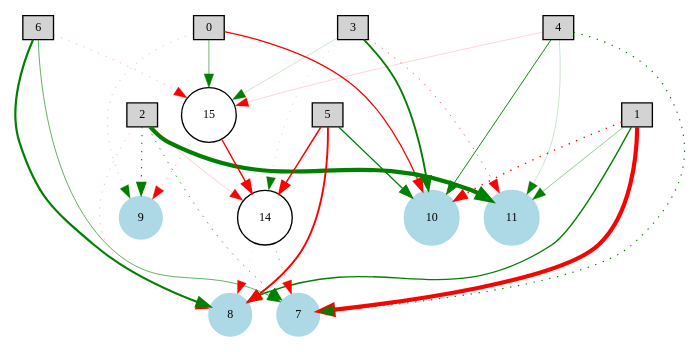
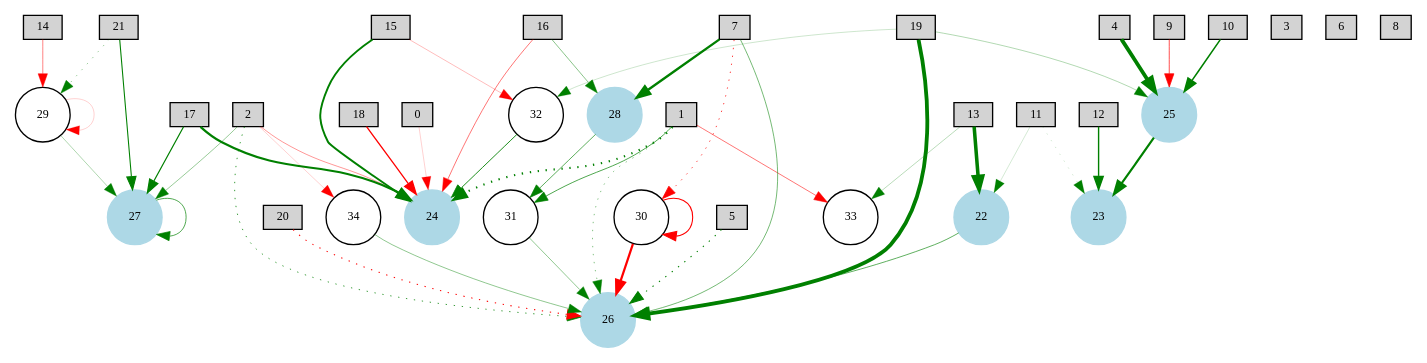
Before and after one commit to joel-simon/evoDesign: the diagram in neuralevolution/logs/letter_O_8x8/1/Digraph.gv, drawn with Graphviz. The commit also changed 55 other files, not shown here.

```diff
--- a/neuralevolution/logs/letter_O_8x8/1/Digraph.gv
+++ b/neuralevolution/logs/letter_O_8x8/1/Digraph.gv
@@ -1,45 +1,78 @@
 digraph {
 	node [fontsize=9 height=0.2 shape=circle width=0.2]
 		0 [shape=box style=filled]
 		1 [shape=box style=filled]
 		2 [shape=box style=filled]
 		3 [shape=box style=filled]
 		4 [shape=box style=filled]
 		5 [shape=box style=filled]
 		6 [shape=box style=filled]
-		7 [color=lightblue style=filled]
-		8 [color=lightblue style=filled]
-		9 [color=lightblue style=filled]
-		10 [color=lightblue style=filled]
-		11 [color=lightblue style=filled]
-			3 -> 15 [color=green penwidth=0.14946131012138883 style=solid]
-			4 -> 7 [color=green penwidth=0.8531889081027401 style=dotted]
-			3 -> 14 [color=green penwidth=0.15396045742253178 style=dotted]
-			4 -> 10 [color=green penwidth=0.6996550617935939 style=solid]
-			2 -> 8 [color=red penwidth=0.19502902142528328 style=dotted]
-			15 -> 9 [color=red penwidth=0.26784156611051335 style=dotted]
-			3 -> 11 [color=red penwidth=0.49332945911750326 style=dotted]
-			1 -> 10 [color=red penwidth=1.0457316259214025 style=dotted]
-			0 -> 10 [color=red penwidth=0.945748106152486 style=solid]
-			5 -> 10 [color=green penwidth=0.9455655506953393 style=solid]
-			15 -> 14 [color=red penwidth=1.0270027376517379 style=solid]
-			2 -> 14 [color=red penwidth=0.14824024136047503 style=solid]
-			5 -> 8 [color=red penwidth=1.4208540541072898 style=solid]
-			6 -> 8 [color=green penwidth=1.6429316424550784 style=solid]
-			2 -> 7 [color=green penwidth=0.5947840144477861 style=dotted]
-			1 -> 11 [color=green penwidth=0.3211525251333652 style=solid]
-			6 -> 7 [color=green penwidth=0.4613942956126278 style=solid]
-			2 -> 9 [color=green penwidth=0.8350695565929226 style=dotted]
-			0 -> 15 [color=green penwidth=0.42100577669767614 style=solid]
-			4 -> 15 [color=red penwidth=0.12734137544208393 style=solid]
-			2 -> 11 [color=green penwidth=3.12791107626127 style=solid]
-			14 -> 8 [color=red penwidth=0.10414234558772678 style=dotted]
-			5 -> 14 [color=red penwidth=1.0951506266186042 style=solid]
-			1 -> 8 [color=green penwidth=1.069976390204243 style=solid]
-			4 -> 11 [color=green penwidth=0.16030935105705227 style=solid]
-			1 -> 7 [color=red penwidth=3.111124228737905 style=solid]
-			0 -> 9 [color=green penwidth=0.19685023720923717 style=dotted]
-			14 -> 7 [color=red penwidth=0.37672977831166343 style=dotted]
-			6 -> 15 [color=red penwidth=0.21883334970557428 style=dotted]
-			3 -> 10 [color=green penwidth=1.4283917217458548 style=solid]
+		7 [shape=box style=filled]
+		8 [shape=box style=filled]
+		9 [shape=box style=filled]
+		10 [shape=box style=filled]
+		11 [shape=box style=filled]
+		12 [shape=box style=filled]
+		13 [shape=box style=filled]
+		14 [shape=box style=filled]
+		15 [shape=box style=filled]
+		16 [shape=box style=filled]
+		17 [shape=box style=filled]
+		18 [shape=box style=filled]
+		19 [shape=box style=filled]
+		20 [shape=box style=filled]
+		21 [shape=box style=filled]
+		22 [color=lightblue style=filled]
+		23 [color=lightblue style=filled]
+		24 [color=lightblue style=filled]
+		25 [color=lightblue style=filled]
+		26 [color=lightblue style=filled]
+		27 [color=lightblue style=filled]
+		28 [color=lightblue style=filled]
+			13 -> 22 [color=green penwidth=2.6553285081250917 style=solid]
+			13 -> 33 [color=green penwidth=0.21387917169463871 style=solid]
+			30 -> 26 [color=red penwidth=1.660076779568092 style=solid]
+			1 -> 26 [color=green penwidth=0.3658080712458964 style=dotted]
+			19 -> 26 [color=green penwidth=2.86076830885088 style=solid]
+			22 -> 26 [color=green penwidth=0.4669645512371303 style=solid]
+			15 -> 32 [color=red penwidth=0.20458320434007715 style=solid]
+			1 -> 24 [color=green penwidth=1.618393204097405 style=dotted]
+			31 -> 26 [color=green penwidth=0.32683759472390134 style=solid]
+			16 -> 28 [color=green penwidth=0.35390118559129957 style=solid]
+			25 -> 23 [color=green penwidth=1.6084600240952047 style=solid]
+			11 -> 23 [color=green penwidth=0.15152348383470732 style=dotted]
+			5 -> 26 [color=green penwidth=0.8209563695934511 style=dotted]
+			2 -> 34 [color=red penwidth=0.13972890712566688 style=solid]
+			16 -> 24 [color=red penwidth=0.4082674606509663 style=solid]
+			1 -> 33 [color=red penwidth=0.4052991655772259 style=solid]
+			2 -> 26 [color=green penwidth=0.5753944409312844 style=dotted]
+			20 -> 26 [color=red penwidth=0.7883106754992847 style=dotted]
+			21 -> 27 [color=green penwidth=0.807045953368256 style=solid]
+			0 -> 24 [color=red penwidth=0.13819796560847836 style=solid]
+			11 -> 22 [color=green penwidth=0.12937181416237425 style=solid]
+			9 -> 25 [color=red penwidth=0.5159108939966466 style=solid]
+			17 -> 24 [color=green penwidth=1.6200496919547285 style=solid]
+			19 -> 25 [color=green penwidth=0.22794339915355907 style=solid]
+			7 -> 28 [color=green penwidth=1.7684247864583165 style=solid]
+			1 -> 31 [color=green penwidth=0.5227632691971876 style=solid]
+			29 -> 27 [color=green penwidth=0.23939884602913888 style=solid]
+			2 -> 27 [color=green penwidth=0.31444686206894945 style=solid]
+			34 -> 26 [color=green penwidth=0.3252459654098668 style=solid]
+			28 -> 31 [color=green penwidth=0.4774904434260473 style=solid]
+			18 -> 24 [color=red penwidth=0.9661825099242864 style=solid]
+			32 -> 24 [color=green penwidth=0.6627627120851389 style=solid]
+			19 -> 32 [color=green penwidth=0.14544000859212308 style=solid]
+			4 -> 25 [color=green penwidth=2.8732385321437723 style=solid]
+			2 -> 24 [color=red penwidth=0.31249951756290023 style=solid]
+			17 -> 27 [color=green penwidth=0.9114142069276463 style=solid]
+			14 -> 29 [color=red penwidth=0.37196383525329635 style=solid]
+			27 -> 27 [color=green penwidth=0.5143538673082629 style=solid]
+			15 -> 24 [color=green penwidth=1.462757106455259 style=solid]
+			29 -> 29 [color=red penwidth=0.1417480175699175 style=solid]
+			7 -> 26 [color=green penwidth=0.41358661676987474 style=solid]
+			21 -> 29 [color=green penwidth=0.3292232282642547 style=dotted]
+			10 -> 25 [color=green penwidth=1.1606094574048715 style=solid]
+			7 -> 30 [color=red penwidth=0.5598548943275806 style=dotted]
+			30 -> 30 [color=red penwidth=0.8107244240079573 style=solid]
+			12 -> 23 [color=green penwidth=1.0545417664139725 style=solid]
 }
```
